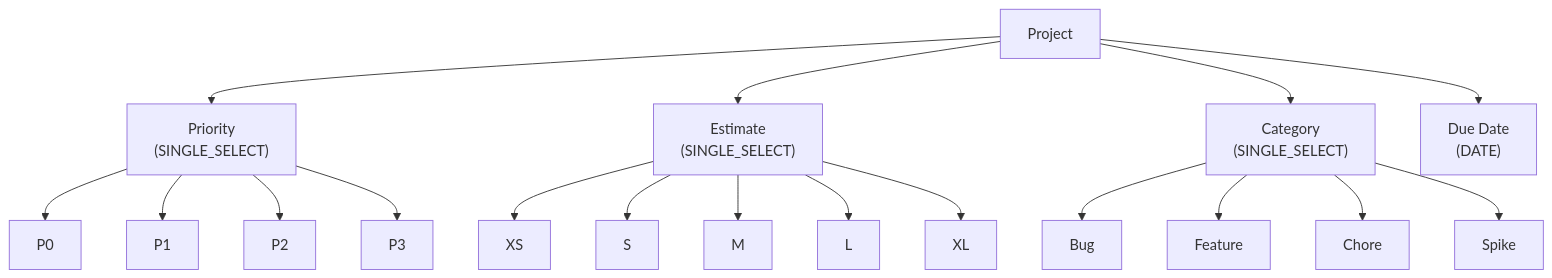
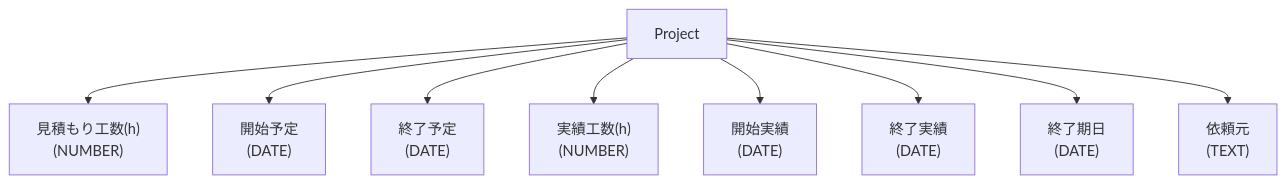
Before and after one commit to lurest-inc/github-starter-kit: the first of 2 diagrams in docs/scripts/setup-project-fields.md, drawn with Mermaid. The commit also changed other lines of this file and 1 other file, not shown here.

Commit message:
docs: フィールド定義変更に合わせてドキュメントを更新
setup-project-fields.md のフィールド一覧・構成図・処理詳細、
developers.md のスクリプト概要を新しいフィールド定義に合わせて更新する。

````diff
--- a/docs/scripts/setup-project-fields.md
+++ b/docs/scripts/setup-project-fields.md
@@ -28,23 +32,11 @@
 ```mermaid
 graph TD
-    Project["Project"] --> Priority["Priority\n(SINGLE_SELECT)"]
-    Project --> Estimate["Estimate\n(SINGLE_SELECT)"]
-    Project --> Category["Category\n(SINGLE_SELECT)"]
-    Project --> DueDate["Due Date\n(DATE)"]
-
-    Priority --> P0["P0"]
-    Priority --> P1["P1"]
-    Priority --> P2["P2"]
-    Priority --> P3["P3"]
-
-    Estimate --> XS["XS"]
-    Estimate --> S["S"]
-    Estimate --> M["M"]
-    Estimate --> L["L"]
-    Estimate --> XL["XL"]
-
-    Category --> Bug["Bug"]
-    Category --> Feature["Feature"]
-    Category --> Chore["Chore"]
-    Category --> Spike["Spike"]
+    Project["Project"] --> EstimateHours["見積もり工数(h)\n(NUMBER)"]
+    Project --> StartPlanned["開始予定\n(DATE)"]
+    Project --> EndPlanned["終了予定\n(DATE)"]
+    Project --> ActualHours["実績工数(h)\n(NUMBER)"]
+    Project --> StartActual["開始実績\n(DATE)"]
+    Project --> EndActual["終了実績\n(DATE)"]
+    Project --> Deadline["終了期日\n(DATE)"]
+    Project --> Requester["依頼元\n(TEXT)"]
 ```
````
